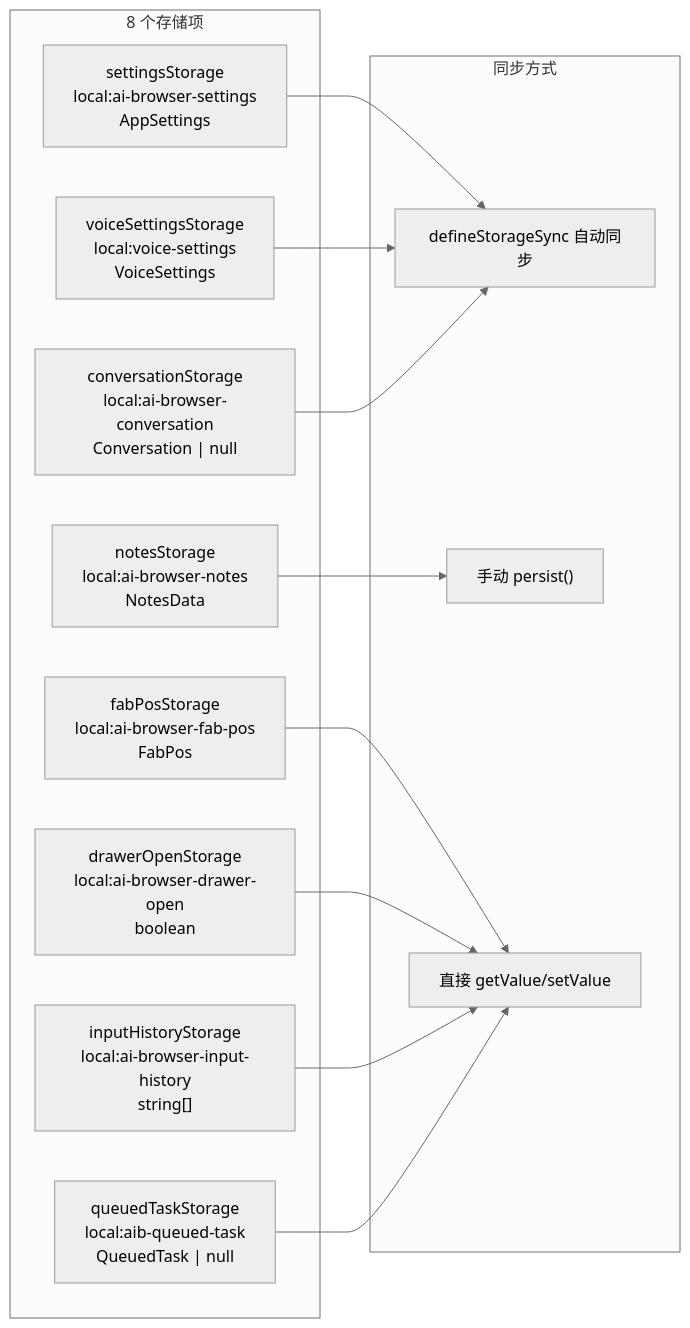
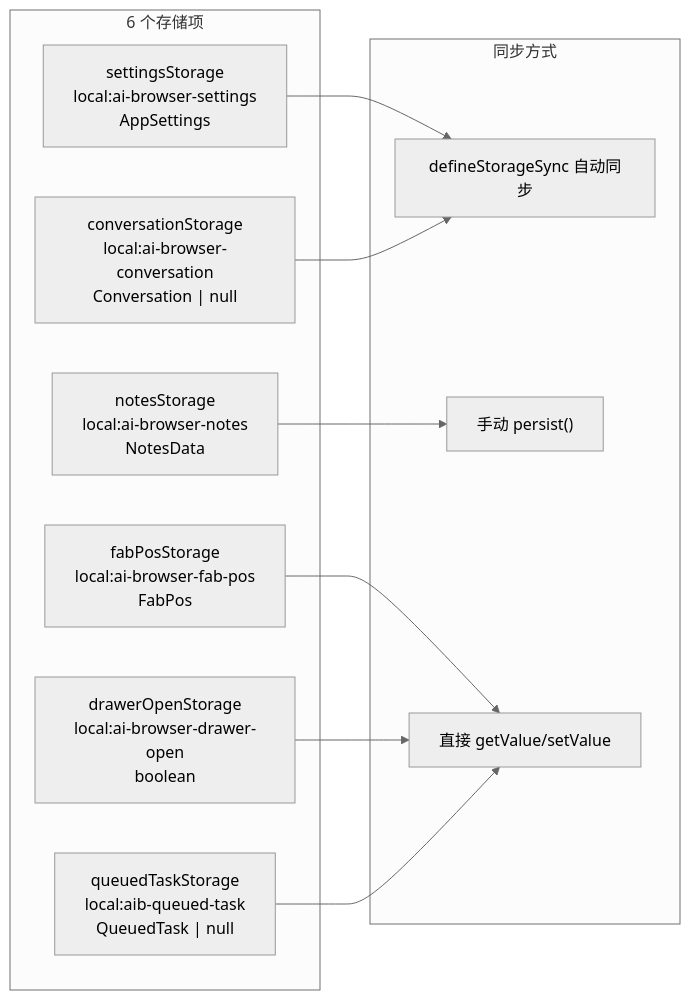
One commit to zw123zw/ai-browser changed the second of 5 diagrams in docs/architecture/storage.md. Above: the diagram before and after it, drawn with Mermaid (neutral theme). The commit also changed other lines of this file and 13 other files, not shown here.

````diff
--- a/docs/architecture/storage.md
+++ b/docs/architecture/storage.md
@@ -67,28 +68,24 @@
 ```mermaid
 graph LR
-    subgraph StorageItems["8 个存储项"]
+    subgraph StorageItems["6 个存储项"]
         S1["settingsStorage<br/>local:ai-browser-settings<br/>AppSettings"]
-        S2["voiceSettingsStorage<br/>local:voice-settings<br/>VoiceSettings"]
-        S3["conversationStorage<br/>local:ai-browser-conversation<br/>Conversation | null"]
+        S2["conversationStorage<br/>local:ai-browser-conversation<br/>Conversation | null"]
+        S3["notesStorage<br/>local:ai-browser-notes<br/>NotesData"]
         S4["fabPosStorage<br/>local:ai-browser-fab-pos<br/>FabPos"]
         S5["drawerOpenStorage<br/>local:ai-browser-drawer-open<br/>boolean"]
-        S6["inputHistoryStorage<br/>local:ai-browser-input-history<br/>string[]"]
-        S7["queuedTaskStorage<br/>local:aib-queued-task<br/>QueuedTask | null"]
-        S8["notesStorage<br/>local:ai-browser-notes<br/>NotesData"]
+        S6["queuedTaskStorage<br/>local:aib-queued-task<br/>QueuedTask | null"]
     end
 
     subgraph SyncMethod["同步方式"]
         Auto["defineStorageSync 自动同步"]
         Manual["手动 persist()"]
         Direct["直接 getValue/setValue"]
     end
 
     S1 --> Auto
     S2 --> Auto
-    S3 --> Auto
+    S3 --> Manual
     S4 --> Direct
     S5 --> Direct
     S6 --> Direct
-    S7 --> Direct
-    S8 --> Manual
 ```
````
